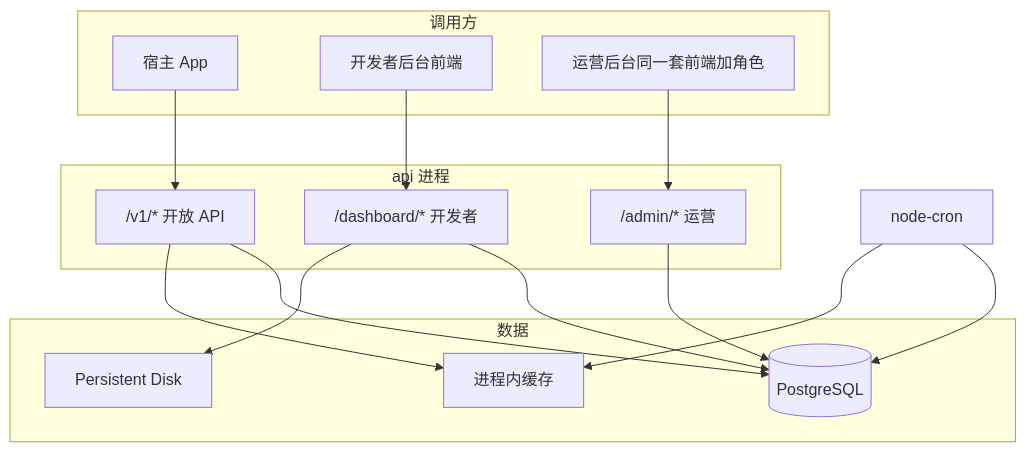
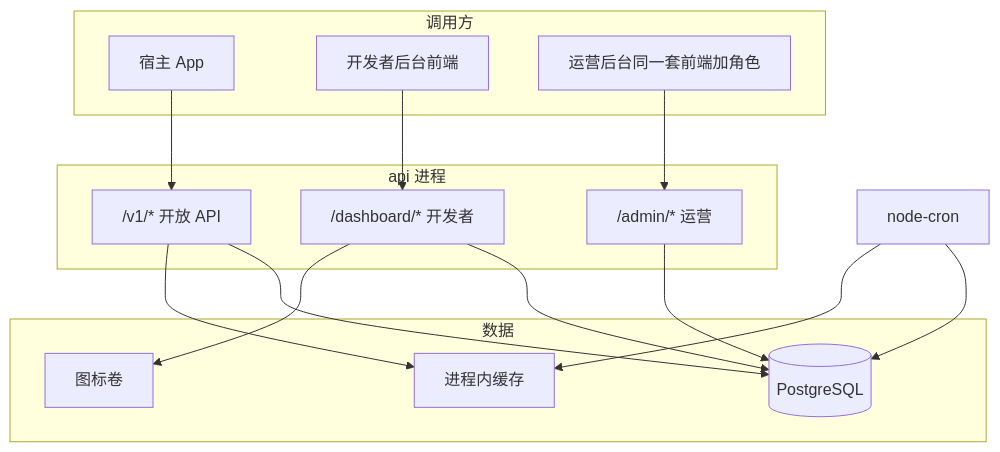
Before and after one commit to w2solo/appunion: the first of 3 diagrams in TECH-appunions-backend.md, drawn with Mermaid. The commit also changed other lines of this file and 9 other files, not shown here.

````diff
--- a/TECH-appunions-backend.md
+++ b/TECH-appunions-backend.md
@@ -63,33 +63,33 @@
 ```mermaid
 flowchart TB
   subgraph clients [调用方]
     Mobile[宿主 App]
     Web[开发者后台前端]
     Ops[运营后台同一套前端加角色]
   end
 
   subgraph api [api 进程]
     OpenAPI["/v1/* 开放 API"]
     DashAPI["/dashboard/* 开发者"]
     AdminAPI["/admin/* 运营"]
   end
 
   subgraph data [数据]
     PG[(PostgreSQL)]
     Redis[进程内缓存]
-    S3[Persistent Disk]
+    S3[图标卷]
   end
 
   Worker[node-cron]
 
   Mobile --> OpenAPI
   Web --> DashAPI
   Ops --> AdminAPI
   OpenAPI --> PG
   OpenAPI --> Redis
   DashAPI --> PG
   DashAPI --> S3
   AdminAPI --> PG
   Worker --> PG
   Worker --> Redis
 ```
````
